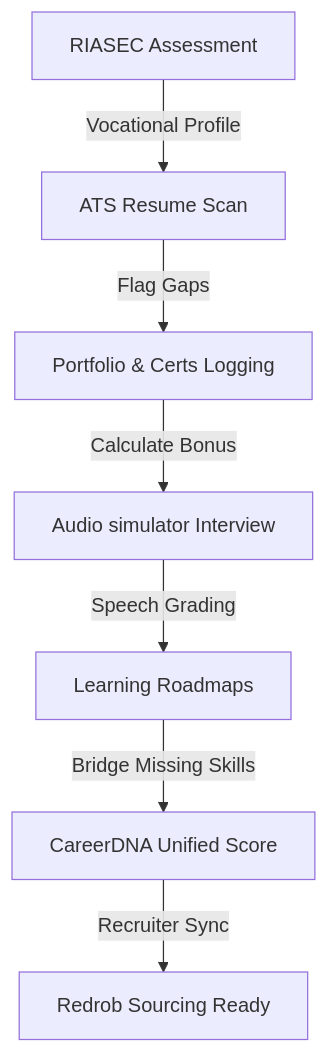
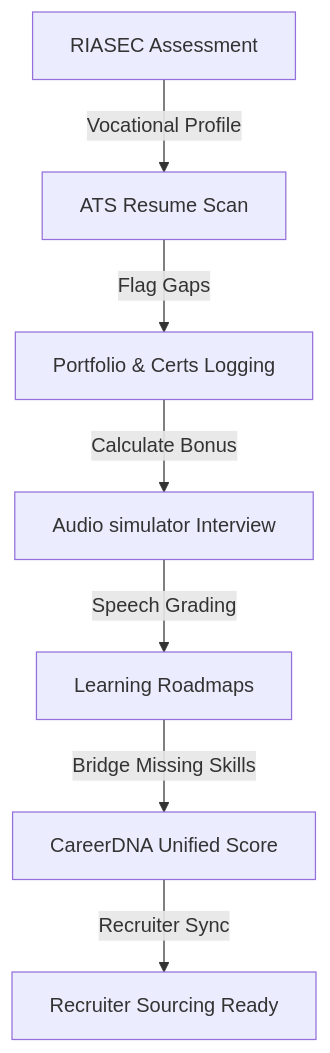
The diagram in README.md (niharikanarla879-beep/CareerDNA), drawn with Mermaid before and after one commit. The commit also changed other lines of this file and 10 other files, not shown here.

````diff
--- a/README.md
+++ b/README.md
@@ -50,9 +50,9 @@
 ```mermaid
 graph TD
     A[RIASEC Assessment] -->|Vocational Profile| B[ATS Resume Scan]
     B -->|Flag Gaps| C[Portfolio & Certs Logging]
     C -->|Calculate Bonus| D[Audio simulator Interview]
     D -->|Speech Grading| E[Learning Roadmaps]
     E -->|Bridge Missing Skills| F[CareerDNA Unified Score]
-    F -->|Recruiter Sync| G[Redrob Sourcing Ready]
+    F -->|Recruiter Sync| G[Recruiter Sourcing Ready]
 ```
````
